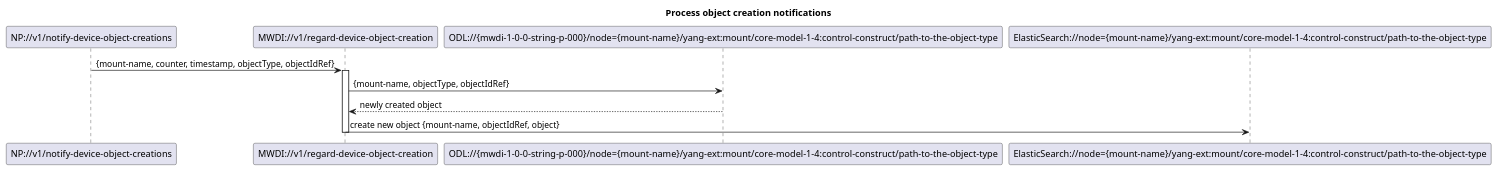
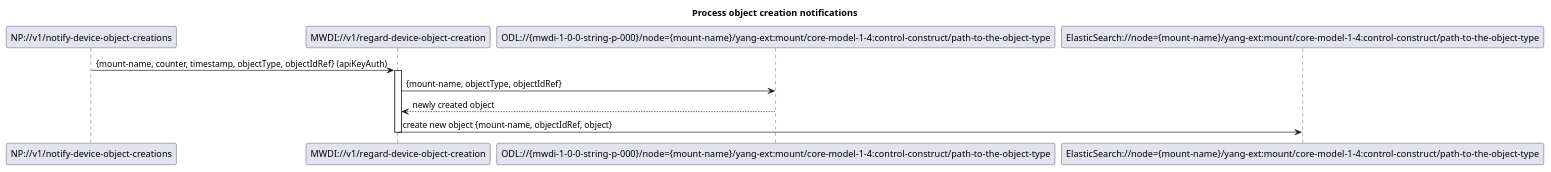
The diagram in spec/diagrams/024_NotificationBasedObjectCreation.plantuml (openBackhaul/MicroWaveDeviceInventory), drawn with PlantUML before and after one commit. The commit also changed 9 other files, not shown here.

Commit message:
Update ServiceList based on diagrams

```diff
--- a/spec/diagrams/024_NotificationBasedObjectCreation.plantuml
+++ b/spec/diagrams/024_NotificationBasedObjectCreation.plantuml
@@ -1,20 +1,20 @@
 @startuml 024_NotificationBasedObjectCreation
 skinparam responseMessageBelowArrow true
 
 title Process object creation notifications
 
 participant "NP://v1/notify-device-object-creations" as subscription
 participant "MWDI://v1/regard-device-object-creation" as regardObjectCreation
 participant "ODL://{mwdi-1-0-0-string-p-000}/node={mount-name}/yang-ext:mount/core-model-1-4:control-construct/path-to-the-object-type" as odlCreatedObject
 participant "ElasticSearch://node={mount-name}/yang-ext:mount/core-model-1-4:control-construct/path-to-the-object-type" as es
 
-subscription -> regardObjectCreation: {mount-name, counter, timestamp, objectType, objectIdRef}
+subscription -> regardObjectCreation: {mount-name, counter, timestamp, objectType, objectIdRef} (apiKeyAuth)
 activate regardObjectCreation
 
 regardObjectCreation -> odlCreatedObject: {mount-name, objectType, objectIdRef}
 odlCreatedObject --> regardObjectCreation: newly created object
 
 regardObjectCreation -> es: create new object {mount-name, objectIdRef, object}
 deactivate regardObjectCreation
 
 @enduml
```
